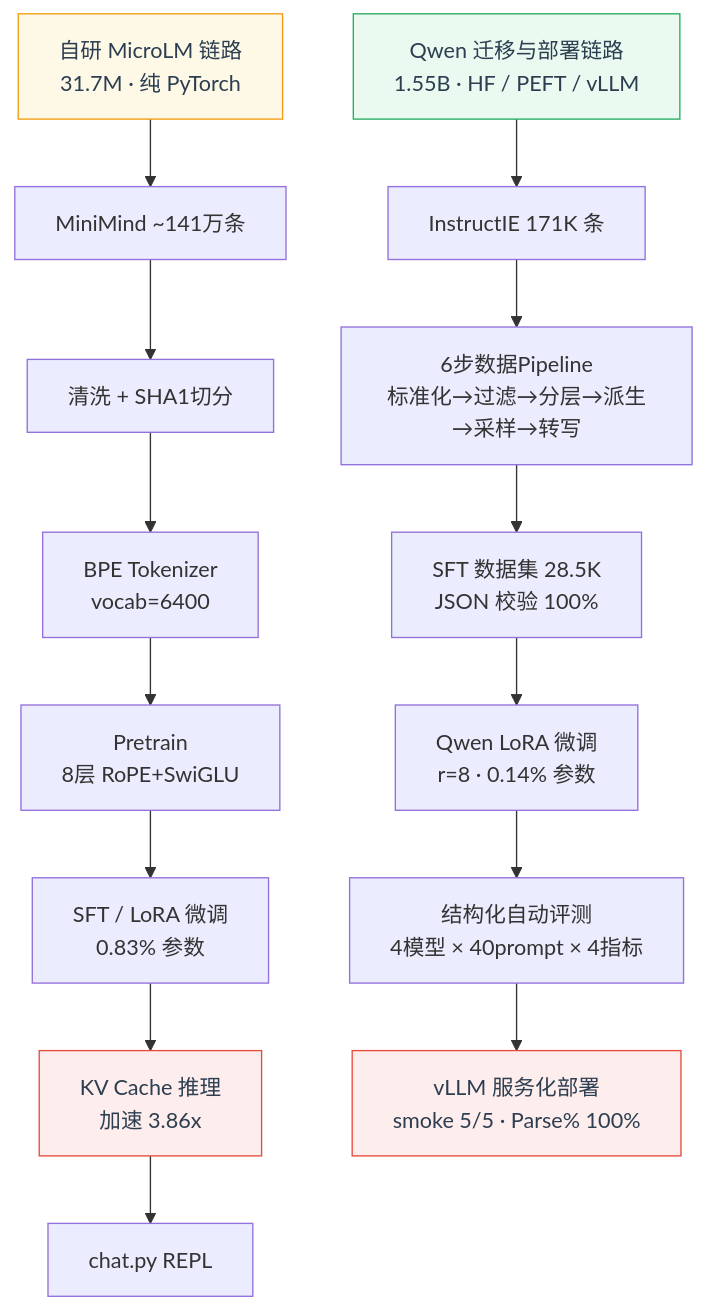
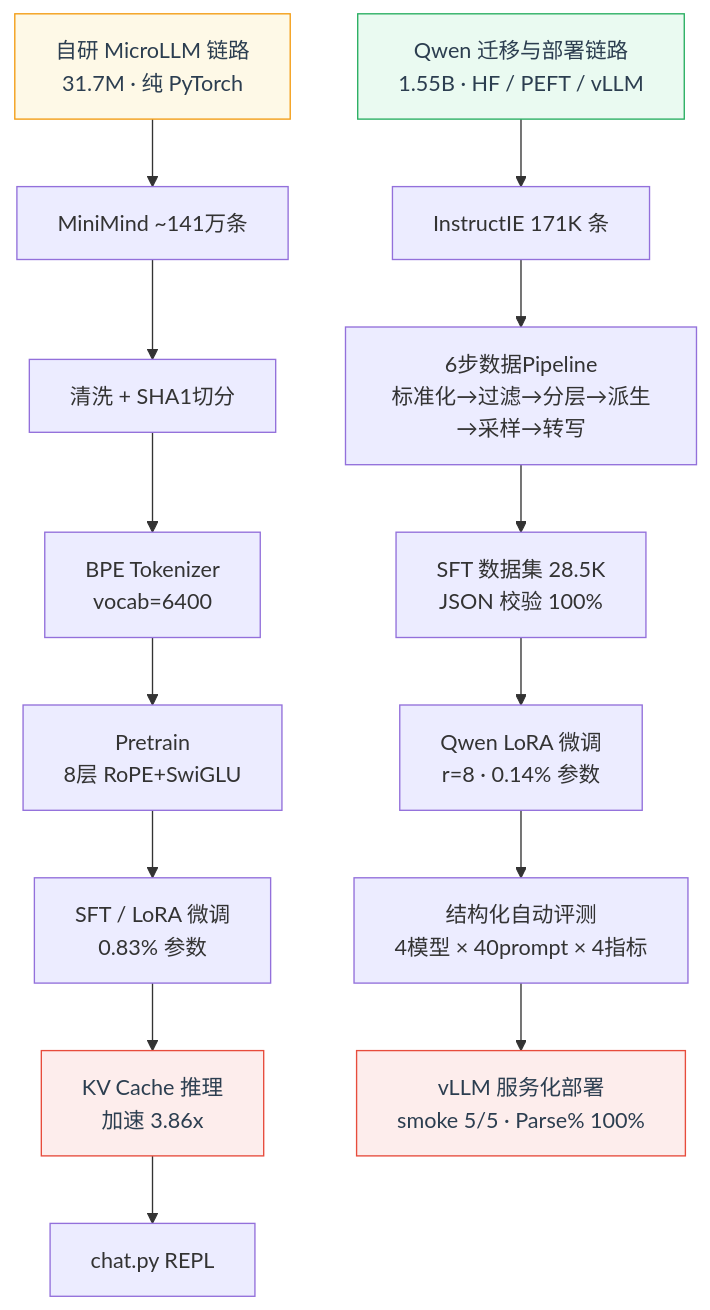
Before and after one commit to ReadNULL/MicroLLM: the diagram in README.md, drawn with Mermaid.

````diff
--- a/README.md
+++ b/README.md
@@ -23,25 +23,25 @@
 ```mermaid
 flowchart TB
-    A["自研 MicroLM 链路<br/>31.7M · 纯 PyTorch"]
+    A["自研 MicroLLM 链路<br/>31.7M · 纯 PyTorch"]
     B["Qwen 迁移与部署链路<br/>1.55B · HF / PEFT / vLLM"]
 
     A --> A1["MiniMind ~141万条"]
     A1 --> A2["清洗 + SHA1切分"]
     A2 --> A3["BPE Tokenizer<br/>vocab=6400"]
     A3 --> A4["Pretrain<br/>8层 RoPE+SwiGLU"]
     A4 --> A5["SFT / LoRA 微调<br/>0.83% 参数"]
     A5 --> A6["KV Cache 推理<br/>加速 3.86x"]
     A6 --> A7["chat.py REPL"]
 
     B --> B1["InstructIE 171K 条"]
     B1 --> B2["6步数据Pipeline<br/>标准化→过滤→分层→派生→采样→转写"]
     B2 --> B3["SFT 数据集 28.5K<br/>JSON 校验 100%"]
     B3 --> B4["Qwen LoRA 微调<br/>r=8 · 0.14% 参数"]
     B4 --> B5["结构化自动评测<br/>4模型 × 40prompt × 4指标"]
     B5 --> B6["vLLM 服务化部署<br/>smoke 5/5 · Parse% 100%"]
 
     style A fill:#fef9e7,stroke:#f39c12,color:#2c3e50
     style B fill:#eafaf1,stroke:#27ae60,color:#2c3e50
     style A6 fill:#fdedec,stroke:#e74c3c,color:#2c3e50
     style B6 fill:#fdedec,stroke:#e74c3c,color:#2c3e50
 ```
````
